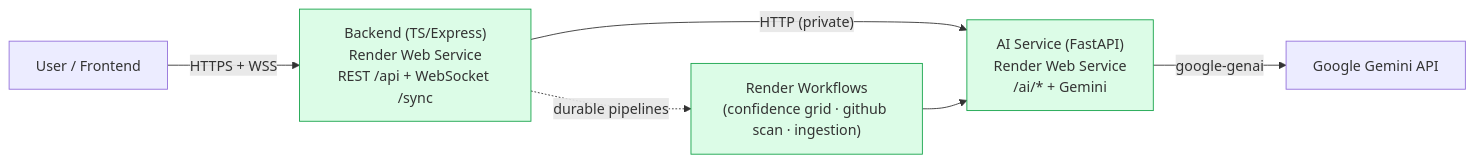
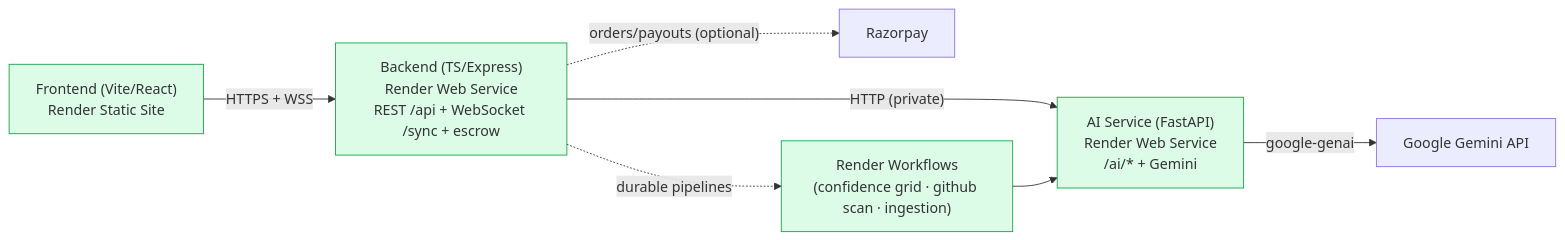
Before and after one commit to FixFlow-AI/FixFlow-AI-web: the first of 2 diagrams in docs/specifications/render/README.md, drawn with Mermaid. The commit also changed other lines of this file, not shown here.

Commit message:
docs(render): update render subsystem README for buildX branch topology

````diff
--- a/docs/specifications/render/README.md
+++ b/docs/specifications/render/README.md
@@ -13,11 +13,12 @@
 ```mermaid
 flowchart LR
-    U["User / Frontend"] -->|HTTPS + WSS| BE["Backend (TS/Express)<br/>Render Web Service<br/>REST /api + WebSocket /sync"]
+    FE["Frontend (Vite/React)<br/>Render Static Site"] -->|HTTPS + WSS| BE["Backend (TS/Express)<br/>Render Web Service<br/>REST /api + WebSocket /sync + escrow"]
     BE -->|"HTTP (private)"| AI["AI Service (FastAPI)<br/>Render Web Service<br/>/ai/* + Gemini"]
     AI -->|google-genai| G["Google Gemini API"]
+    BE -.->|"orders/payouts (optional)"| RZP["Razorpay"]
     BE -.->|"durable pipelines"| WF["Render Workflows<br/>(confidence grid · github scan · ingestion)"]
     WF --> AI
 
     classDef svc fill:#dcfce7,stroke:#16a34a;
-    class BE,AI,WF svc;
+    class FE,BE,AI,WF svc;
 ```
````
